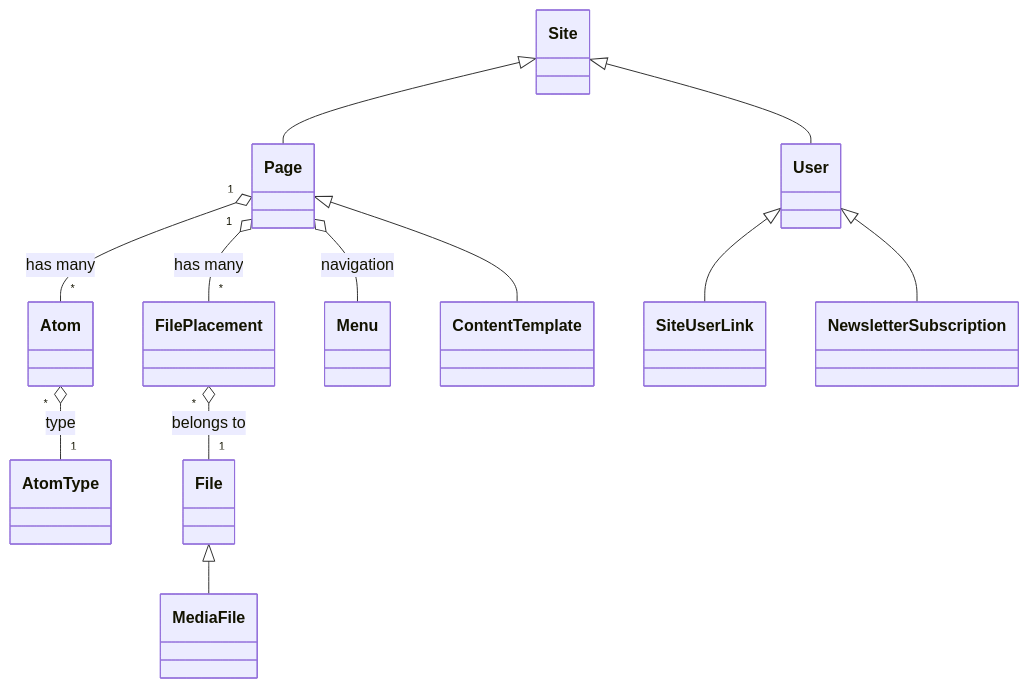
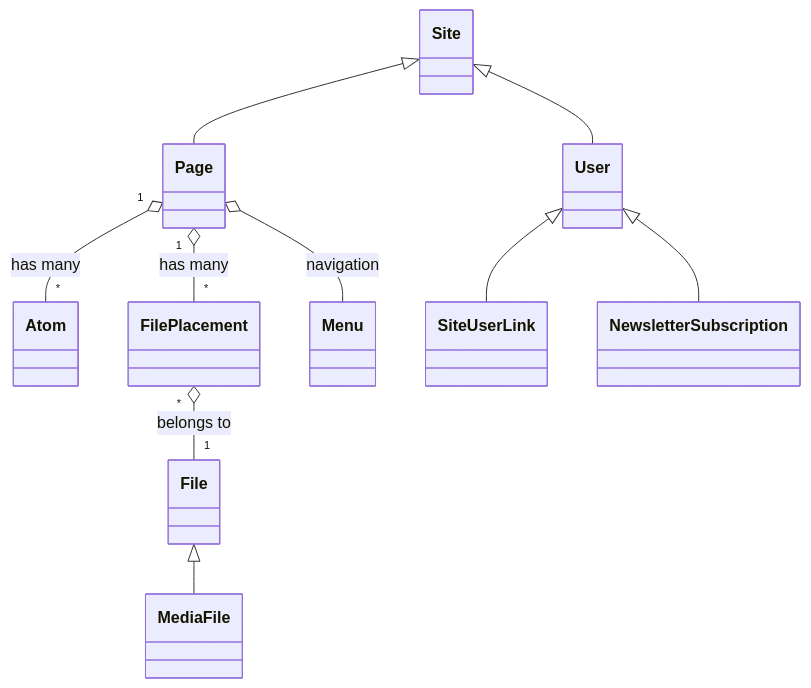
The diagram in docs/architecture.md (sinfin/folio), drawn with Mermaid before and after one commit. The commit also changed other lines of this file and 14 other files, not shown here.

````diff
--- a/docs/architecture.md
+++ b/docs/architecture.md
@@ -22,14 +22,12 @@
 ```mermaid
 classDiagram
     Site <|-- Page
     Site <|-- User
     Page "1" o-- "*" Atom : has many
     Page "1" o-- "*" FilePlacement : has many
     FilePlacement "*" o-- "1" File : belongs to
-    Atom "*" o-- "1" AtomType : type
     User <|-- SiteUserLink
     Page o-- Menu : navigation
     File <|-- MediaFile
-    Page <|-- ContentTemplate
     User <|-- NewsletterSubscription
 ```
````
